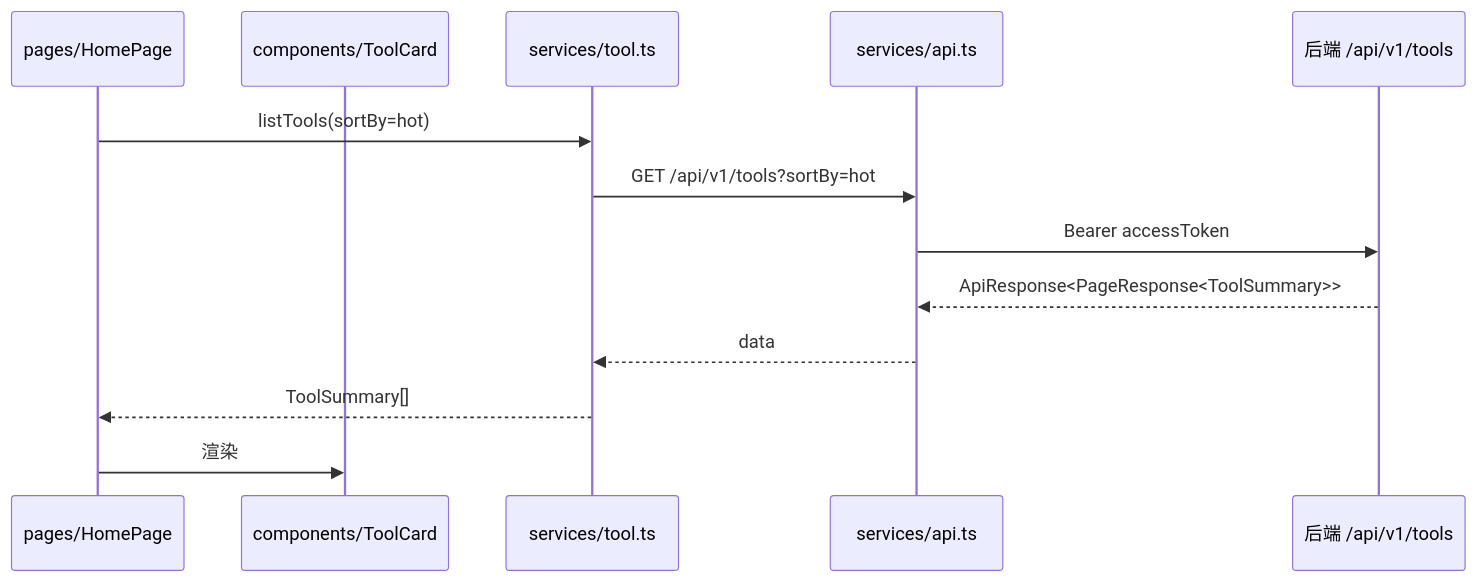
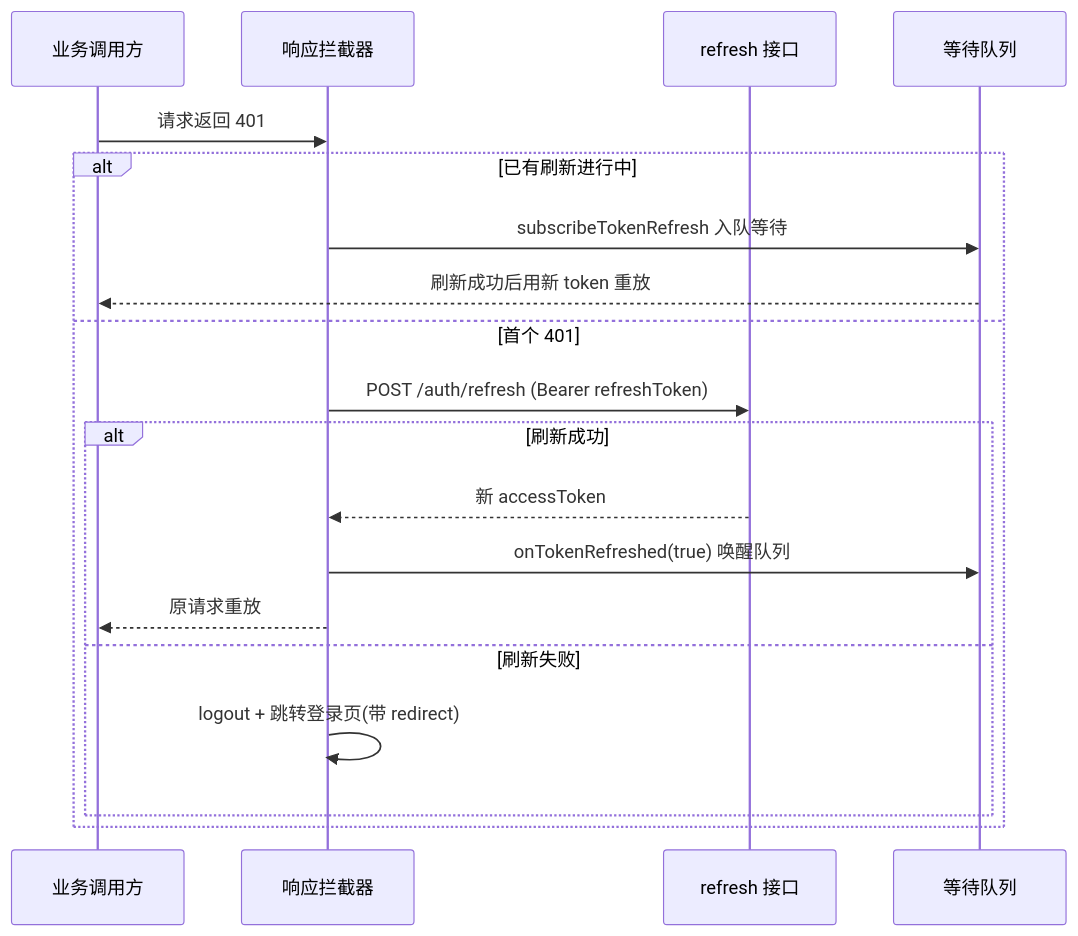
The second of 2 diagrams in repowiki/wiki/modules/前端服务层.md (mambo-wang/CodingHub), drawn with Mermaid before and after one commit. The commit also changed other lines of this file and 59 other files, not shown here.

````diff
--- a/repowiki/wiki/modules/前端服务层.md
+++ b/repowiki/wiki/modules/前端服务层.md
@@ -119,15 +62,21 @@
 ```mermaid
 sequenceDiagram
-    participant PG as pages/HomePage
-    participant C as components/ToolCard
-    participant S as services/tool.ts
-    participant A as services/api.ts
-    participant BE as 后端 /api/v1/tools
-    PG->>S: listTools(sortBy=hot)
-    S->>A: GET /api/v1/tools?sortBy=hot
-    A->>BE: Bearer accessToken
-    BE-->>A: ApiResponse<PageResponse<ToolSummary>>
-    A-->>S: data
-    S-->>PG: ToolSummary[]
-    PG->>C: 渲染
+    participant C as 业务调用方
+    participant I as 响应拦截器
+    participant R as refresh 接口
+    participant Q as 等待队列
+    C->>I: 请求返回 401
+    alt 已有刷新进行中
+        I->>Q: subscribeTokenRefresh 入队等待
+        Q-->>C: 刷新成功后用新 token 重放
+    else 首个 401
+        I->>R: POST /auth/refresh (Bearer refreshToken)
+        alt 刷新成功
+            R-->>I: 新 accessToken
+            I->>Q: onTokenRefreshed(true) 唤醒队列
+            I-->>C: 原请求重放
+        else 刷新失败
+            I->>I: logout + 跳转登录页(带 redirect)
+        end
+    end
 ```
````
